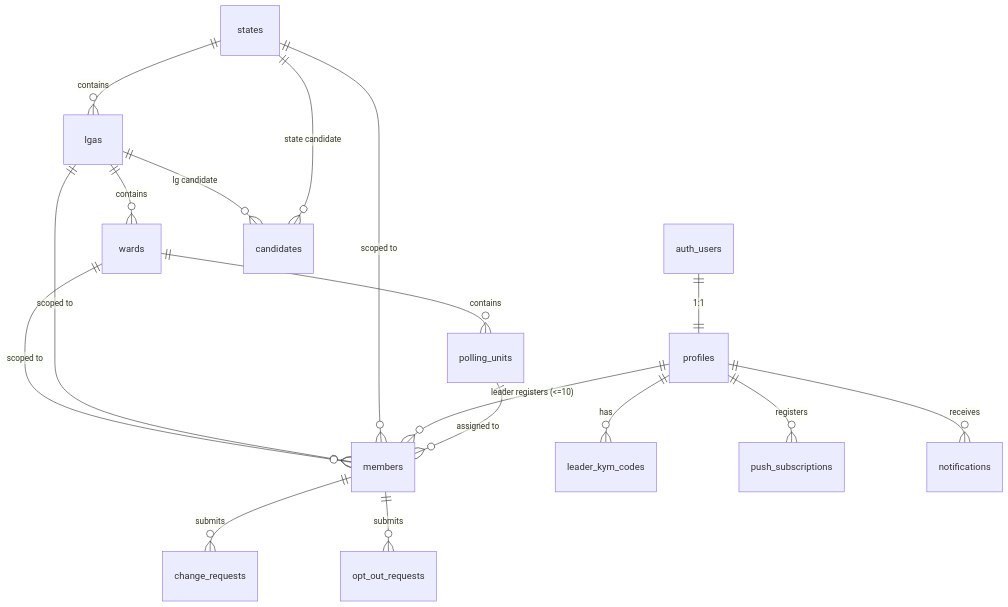
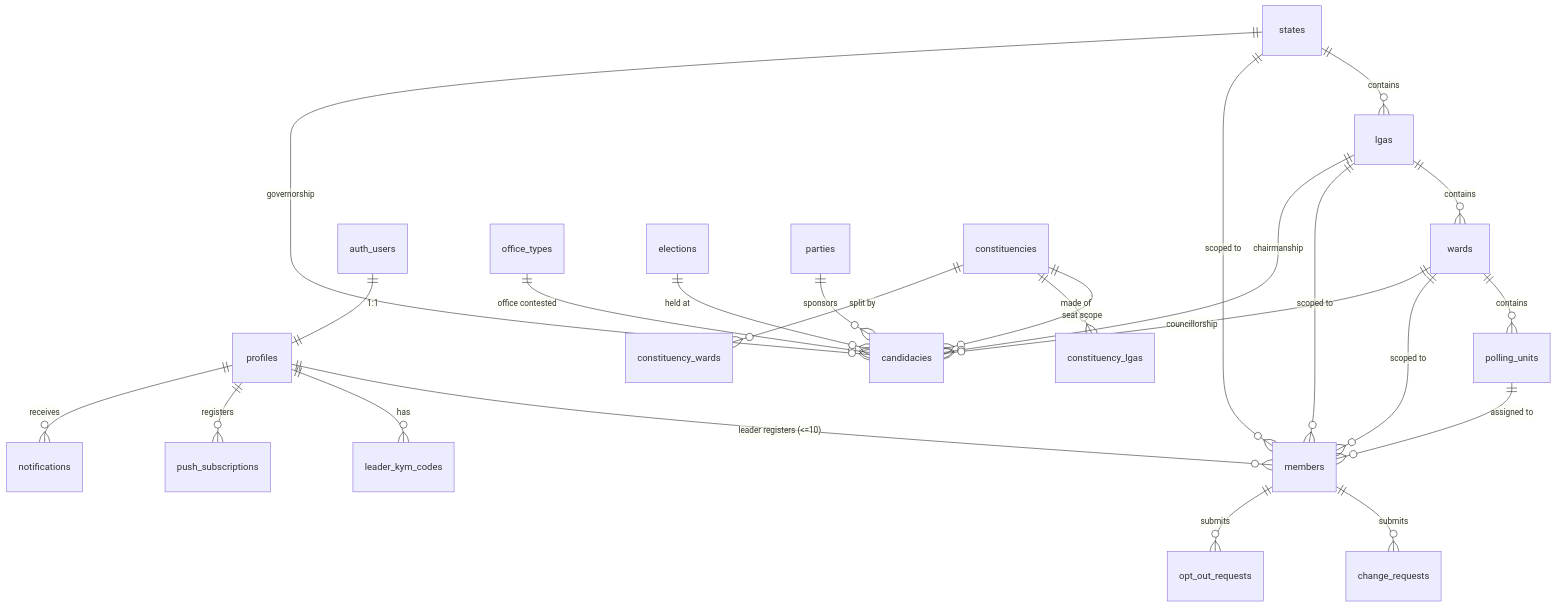
One commit to dnlcodes4-spec/ThinkRich changed the diagram in docs/architecture/data-model.md. Above: the diagram before and after it, drawn with Mermaid. The commit also changed other lines of this file and 43 other files, not shown here.

````diff
--- a/docs/architecture/data-model.md
+++ b/docs/architecture/data-model.md
@@ -14,22 +14,29 @@
 ```mermaid
 erDiagram
     states ||--o{ lgas : contains
     lgas ||--o{ wards : contains
     wards ||--o{ polling_units : contains
     polling_units ||--o{ members : "assigned to"
 
     auth_users ||--|| profiles : "1:1"
     profiles ||--o{ members : "leader registers (<=10)"
     states ||--o{ members : "scoped to"
     lgas ||--o{ members : "scoped to"
     wards ||--o{ members : "scoped to"
 
     members ||--o{ change_requests : submits
     members ||--o{ opt_out_requests : submits
     profiles ||--o{ leader_kym_codes : has
     profiles ||--o{ push_subscriptions : registers
 
-    states ||--o{ candidates : "state candidate"
-    lgas ||--o{ candidates : "lg candidate"
+    office_types ||--o{ candidacies : "office contested"
+    elections ||--o{ candidacies : "held at"
+    parties ||--o{ candidacies : "sponsors"
+    constituencies ||--o{ candidacies : "seat scope"
+    constituencies ||--o{ constituency_lgas : "made of"
+    constituencies ||--o{ constituency_wards : "split by"
+    states ||--o{ candidacies : "governorship"
+    lgas ||--o{ candidacies : "chairmanship"
+    wards ||--o{ candidacies : "councillorship"
     profiles ||--o{ notifications : receives
 ```
````
